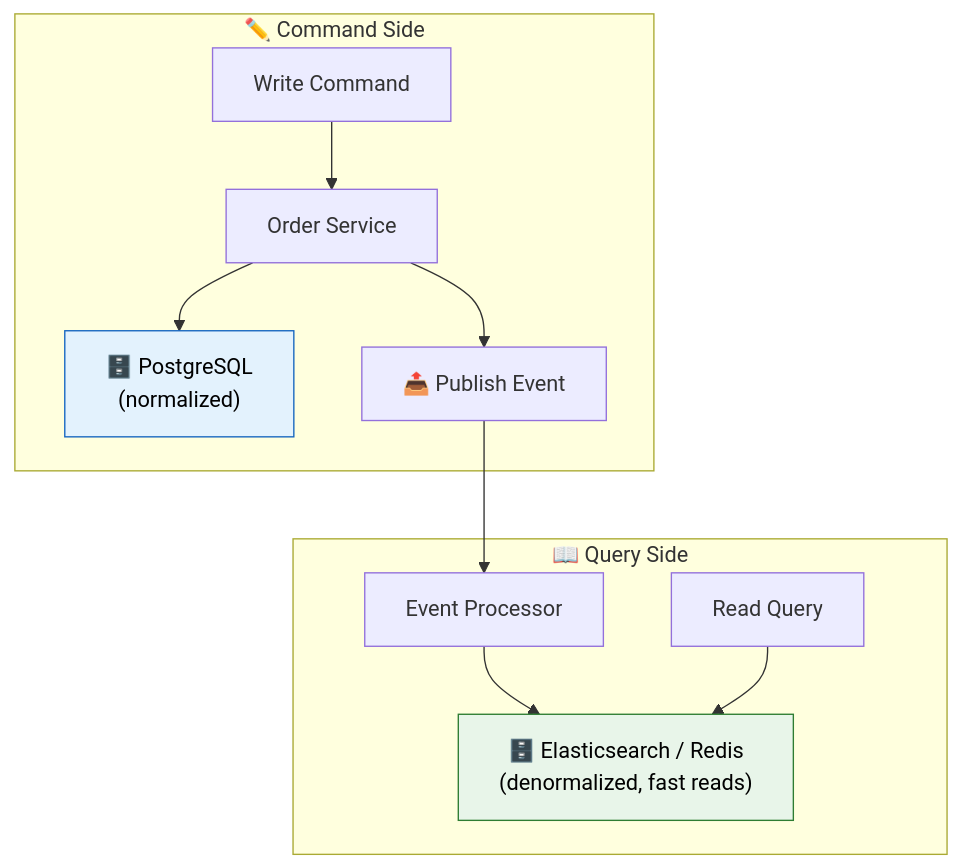
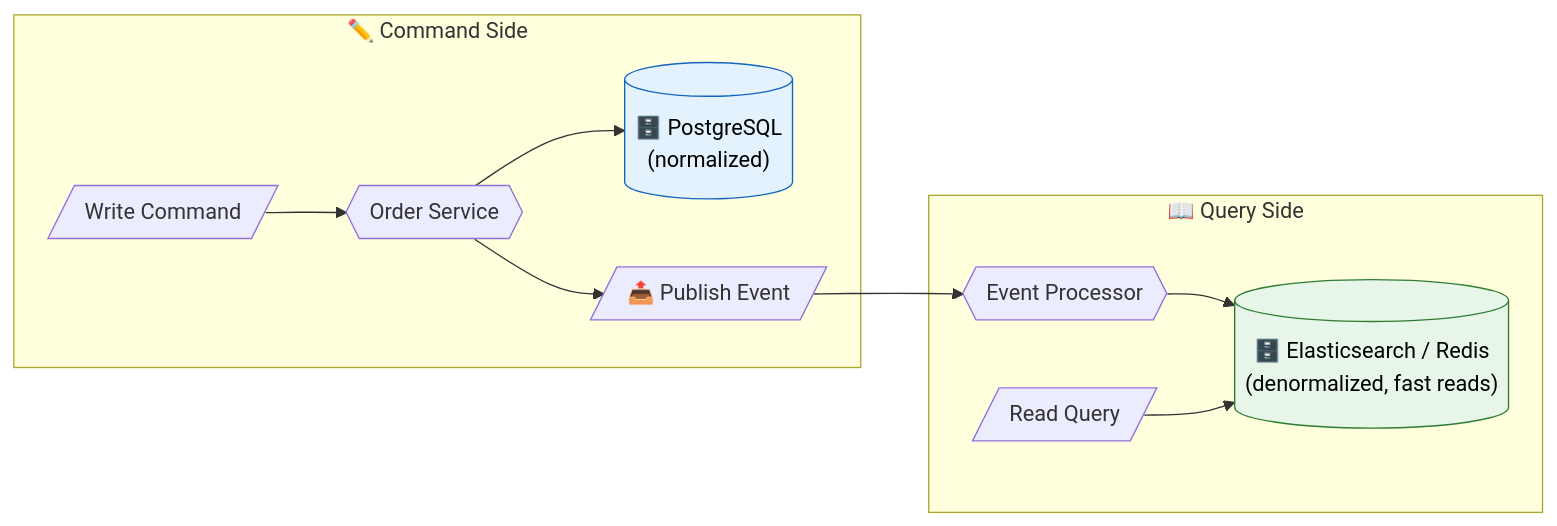
The third of 5 diagrams in docs/microservices/data-management.md (saivamsikaruturi/vamsilabs-dev-notes-main), drawn with Mermaid before and after one commit. The commit also changed other lines of this file and 146 other files, not shown here.

Commit message:
Horizontal diagrams, UML class diagrams, typography overhaul, and permalink cleanup

````diff
--- a/docs/microservices/data-management.md
+++ b/docs/microservices/data-management.md
@@ -80,17 +80,17 @@
 ```mermaid
-flowchart TD
+flowchart LR
     subgraph Write["✏️ Command Side"]
-        WC["Write Command"] --> WS["Order Service"]
-        WS --> WDB["🗄️ PostgreSQL<br/>(normalized)"]
-        WS --> EV["📤 Publish Event"]
+        WC[/"Write Command"/] --> WS{{"Order Service"}}
+        WS --> WDB[("🗄️ PostgreSQL<br/>(normalized)")]
+        WS --> EV[/"📤 Publish Event"/]
     end
     
     subgraph Read["📖 Query Side"]
-        EV --> EP["Event Processor"]
-        EP --> RDB["🗄️ Elasticsearch / Redis<br/>(denormalized, fast reads)"]
-        Q["Read Query"] --> RDB
+        EV --> EP{{"Event Processor"}}
+        EP --> RDB[("🗄️ Elasticsearch / Redis<br/>(denormalized, fast reads)")]
+        Q[/"Read Query"/] --> RDB
     end
 
     style WDB fill:#E3F2FD,stroke:#1565C0,color:#000
     style RDB fill:#E8F5E9,stroke:#2E7D32,color:#000
 ```
````
